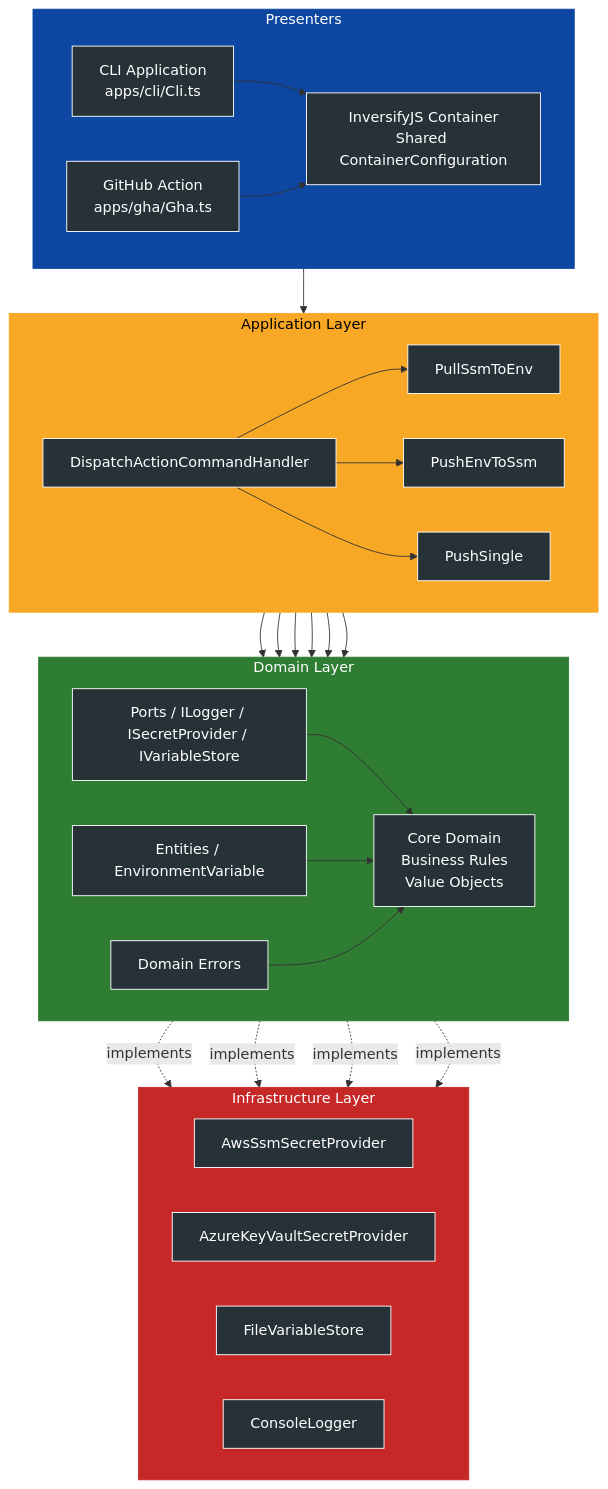
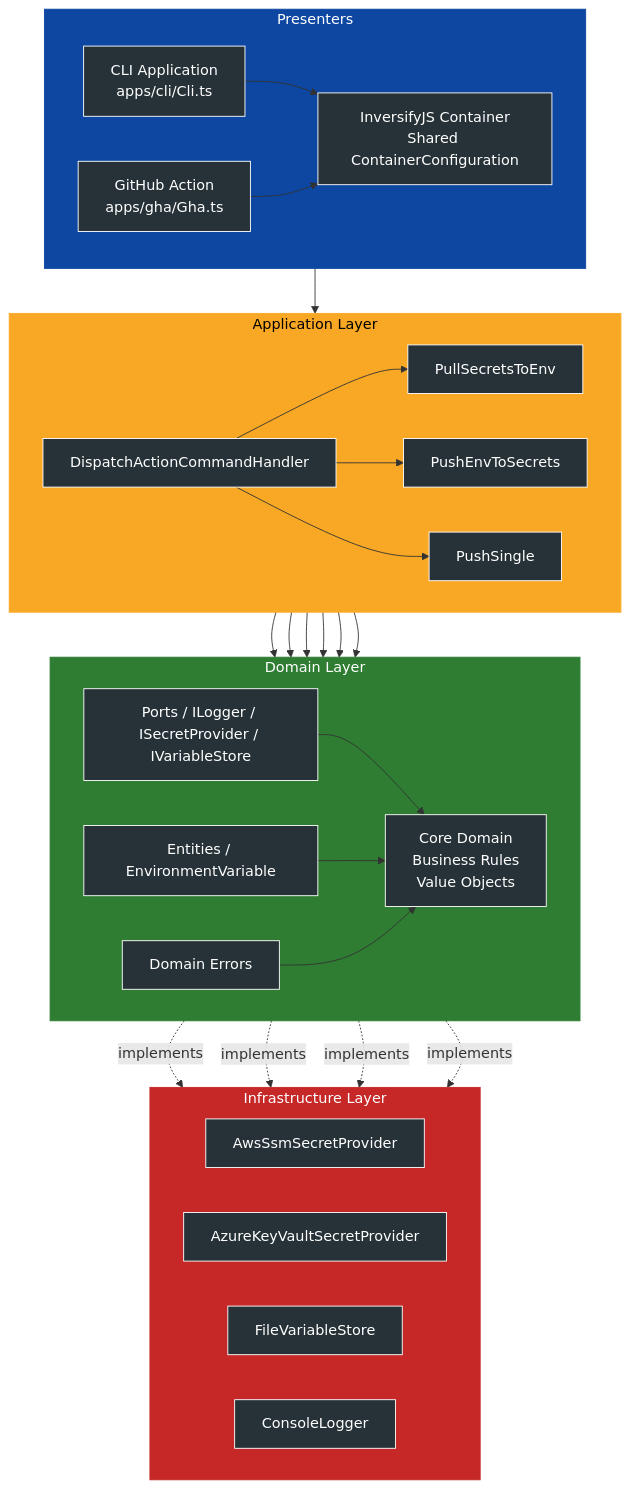
One commit to macalbert/envilder changed the first of 6 diagrams in docs/architecture/README.md. Above: the diagram before and after it, drawn with Mermaid. The commit also changed other lines of this file and 183 other files, not shown here.

````diff
--- a/docs/architecture/README.md
+++ b/docs/architecture/README.md
@@ -20,80 +20,80 @@
 ```mermaid
 flowchart TB
 
 %% ==== STYLES ====
 classDef node fill:#263238,stroke:#FFFFFF,color:#FFFFFF;
 
 %% ================= INFRASTRUCTURE LAYER (RED BG) =================
 subgraph INFRA["Infrastructure Layer"]
     direction LR
     AWS[AwsSsmSecretProvider]
     AZURE[AzureKeyVaultSecretProvider]
     FILE[FileVariableStore]
     LOG[ConsoleLogger]
 end
 class AWS,AZURE,FILE,LOG node
 style INFRA fill:#C62828,stroke:#C62828,color:#FFFFFF
 
 %% ================= APPLICATION LAYER (YELLOW BG) =================
 subgraph APP["Application Layer"]
     direction LR
     DISPATCH[DispatchActionCommandHandler]
-    PULL[PullSsmToEnv]
-    PUSH[PushEnvToSsm]
+    PULL[PullSecretsToEnv]
+    PUSH[PushEnvToSecrets]
     SINGLE[PushSingle]
 end
 class DISPATCH,PULL,PUSH,SINGLE node
 style APP fill:#F9A825,stroke:#F9A825,color:#000000
 
 %% ================= DOMAIN LAYER (GREEN BG, WITH CORE) =================
 subgraph DOMAIN["Domain Layer"]
     direction LR
     PORTS[Ports / ILogger / ISecretProvider / IVariableStore]
     ERR[Domain Errors]
     ENT[Entities / EnvironmentVariable]
     CORE[Core Domain<br/>Business Rules<br/>Value Objects]
 end
 class PORTS,ERR,ENT,CORE node
 style DOMAIN fill:#2E7D32,stroke:#2E7D32,color:#FFFFFF
 
 %% ================= PRESENTERS + DI (BLUE BG) =================
 subgraph PRESENTERS["Presenters"]
     direction LR
     CLI[CLI Application<br/>apps/cli/Cli.ts]
     GHA[GitHub Action<br/>apps/gha/Gha.ts]
     DI[InversifyJS Container<br/>Shared ContainerConfiguration]
 end
 class CLI,GHA,DI node
 style PRESENTERS fill:#0D47A1,stroke:#0D47A1,color:#FFFFFF
 
 %% ================= FLOWS =================
 
 %% Presenters → DI → App
 CLI --> DI
 GHA --> DI
 DI --> DISPATCH
 
 %% App → Domain
 DISPATCH --> PULL
 DISPATCH --> PUSH
 DISPATCH --> SINGLE
 
 PULL --> PORTS
 PUSH --> PORTS
 SINGLE --> PORTS
 
 PULL --> ENT
 PUSH --> ENT
 SINGLE --> ENT
 
 %% Domain → Core
 PORTS --> CORE
 ENT --> CORE
 ERR --> CORE
 
 %% Infra → Domain (implement ports)
 PORTS -.implements.-> AWS
 PORTS -.implements.-> AZURE
 PORTS -.implements.-> FILE
 PORTS -.implements.-> LOG
 ```
````
